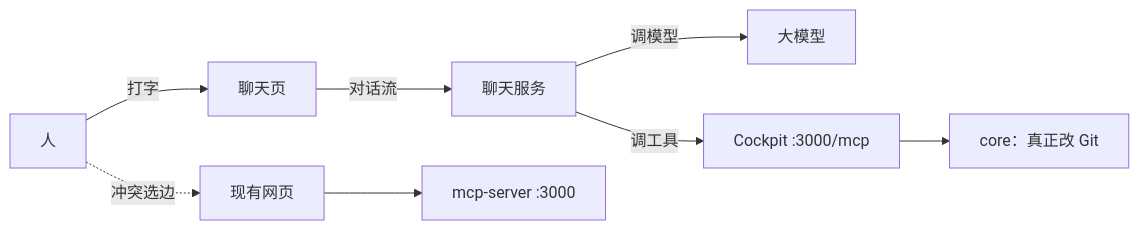
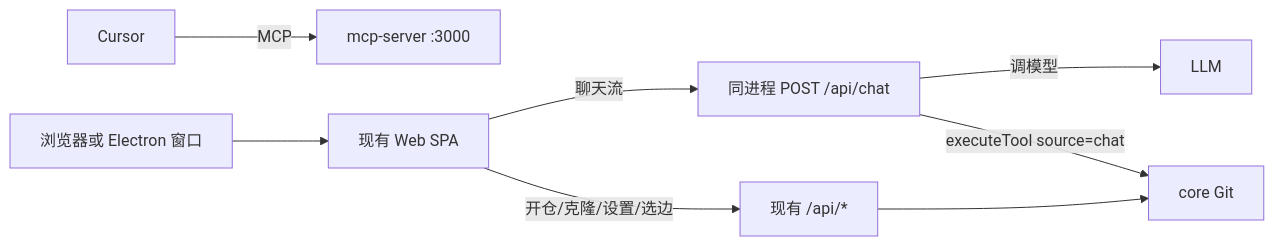
The diagram in docs/聊天壳方案.md (shaohui-jin/git-cockpit), drawn with Mermaid before and after one commit. The commit also changed other lines of this file and 53 other files, not shown here.

````diff
--- a/docs/聊天壳方案.md
+++ b/docs/聊天壳方案.md
@@ -45,10 +47,11 @@
 ```mermaid
 flowchart LR
-  人 -- 打字 --> 聊天页
-  聊天页 -- 对话流 --> 聊天服务
-  聊天服务 -- 调模型 --> 大模型
-  聊天服务 -- 调工具 --> MCP["Cockpit :3000/mcp"]
-  MCP --> 手["core：真正改 Git"]
-  人 -. 冲突选边 .-> 现有网页
-  现有网页 --> 同一进程["mcp-server :3000"]
+  人A["Cursor"] -- MCP --> Daemon
+  人B["浏览器或 Electron 窗口"] --> Vue["现有 Web SPA"]
+  Vue -- 聊天流 --> ChatAPI["同进程 POST /api/chat"]
+  Vue -- 开仓/克隆/设置/选边 --> REST["现有 /api/*"]
+  ChatAPI -- 调模型 --> LLM
+  ChatAPI -- executeTool source=chat --> 手["core Git"]
+  REST --> 手
+  Daemon["mcp-server :3000"]
 ```
````
